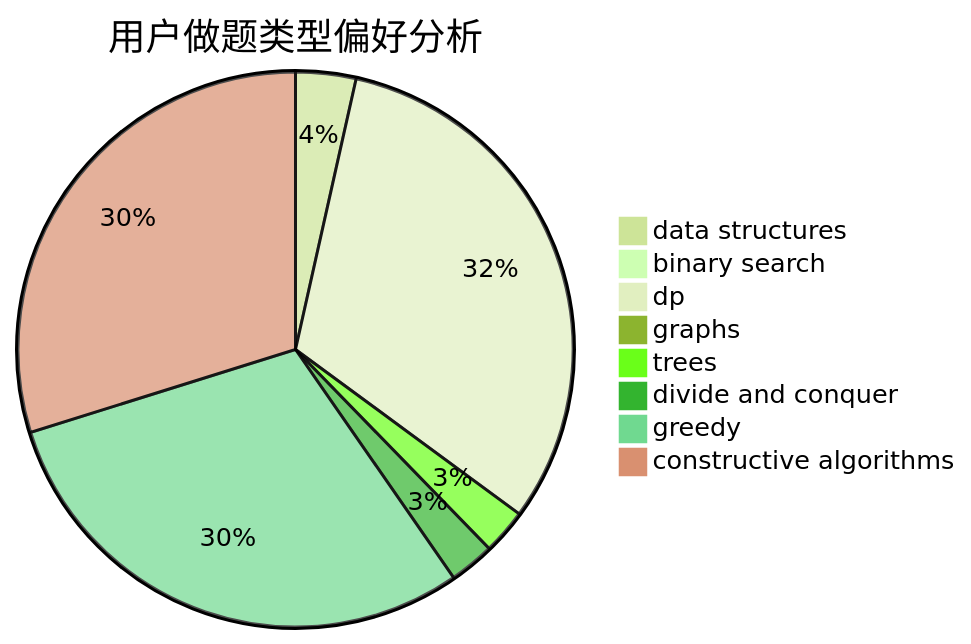
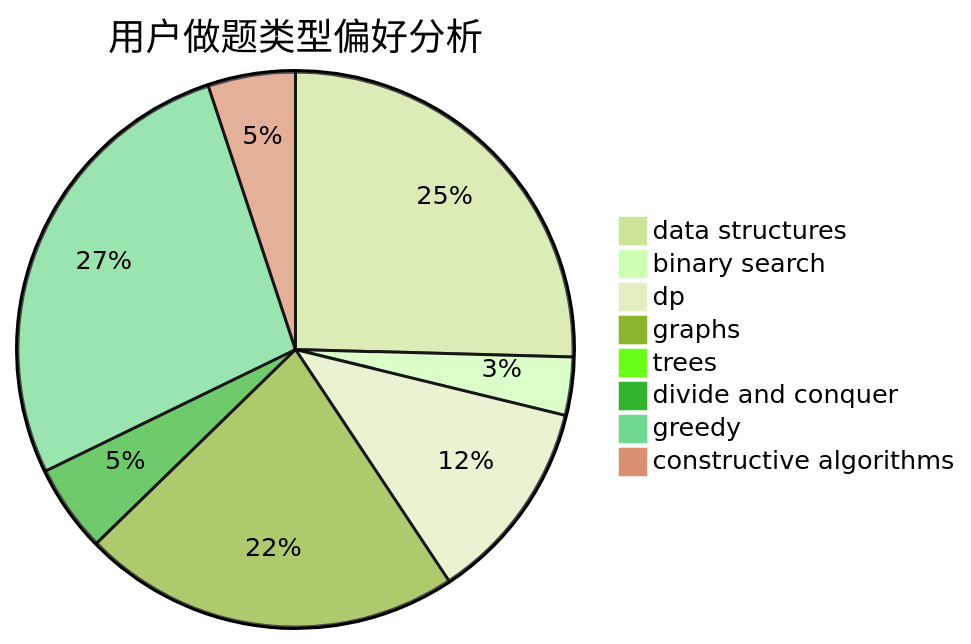
Before and after one commit to sherpahu/cfrs.github.io: the second of 3 diagrams in docs/user/u2416.md, drawn with Mermaid (forest theme). The commit also changed other lines of this file and 2770 other files, not shown here.

````diff
--- a/docs/user/u2416.md
+++ b/docs/user/u2416.md
@@ -23,11 +23,11 @@
 ```mermaid
 pie title 用户做题类型偏好分析
-    "data structures" :  4
-    "binary search" :  0
-    "dp" :  36
-    "graphs" :  0
-    "trees" :  3
+    "data structures" :  15
+    "binary search" :  2
+    "dp" :  7
+    "graphs" :  13
+    "trees" :  0
     "divide and conquer" :  3
-    "greedy" :  34
-    "constructive algorithms" :  34
+    "greedy" :  16
+    "constructive algorithms" :  3
 ```
````
